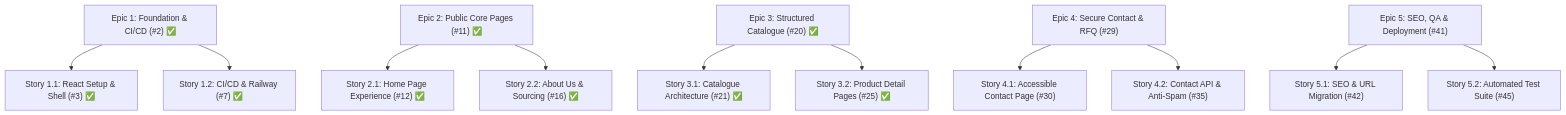
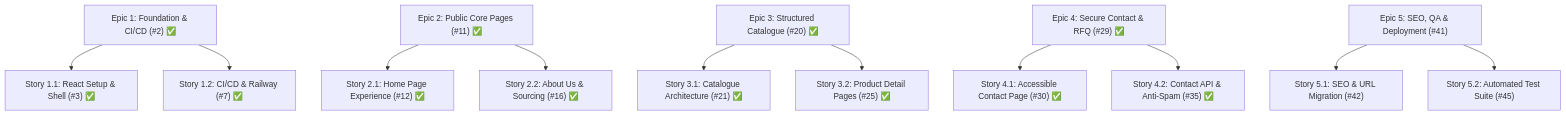
Before and after one commit to sirajpasha/Jayimpex: the diagram in docs/BACKLOG.md, drawn with Mermaid. The commit also changed other lines of this file and 6 other files, not shown here.

First line of the commit message:
feat(phase-3): build secure contact desk, RFQ service, anti-spam, and privacy policy

````diff
--- a/docs/BACKLOG.md
+++ b/docs/BACKLOG.md
@@ -29,17 +29,17 @@
 ```mermaid
 graph TD
     E1["Epic 1: Foundation & CI/CD (#2) ✅"] --> S11["Story 1.1: React Setup & Shell (#3) ✅"]
     E1 --> S12["Story 1.2: CI/CD & Railway (#7) ✅"]
     
     E2["Epic 2: Public Core Pages (#11) ✅"] --> S21["Story 2.1: Home Page Experience (#12) ✅"]
     E2 --> S22["Story 2.2: About Us & Sourcing (#16) ✅"]
     
     E3["Epic 3: Structured Catalogue (#20) ✅"] --> S31["Story 3.1: Catalogue Architecture (#21) ✅"]
     E3 --> S32["Story 3.2: Product Detail Pages (#25) ✅"]
     
-    E4["Epic 4: Secure Contact & RFQ (#29)"] --> S41["Story 4.1: Accessible Contact Page (#30)"]
-    E4 --> S42["Story 4.2: Contact API & Anti-Spam (#35)"]
+    E4["Epic 4: Secure Contact & RFQ (#29) ✅"] --> S41["Story 4.1: Accessible Contact Page (#30) ✅"]
+    E4 --> S42["Story 4.2: Contact API & Anti-Spam (#35) ✅"]
     
     E5["Epic 5: SEO, QA & Deployment (#41)"] --> S51["Story 5.1: SEO & URL Migration (#42)"]
     E5 --> S52["Story 5.2: Automated Test Suite (#45)"]
 ```
````
